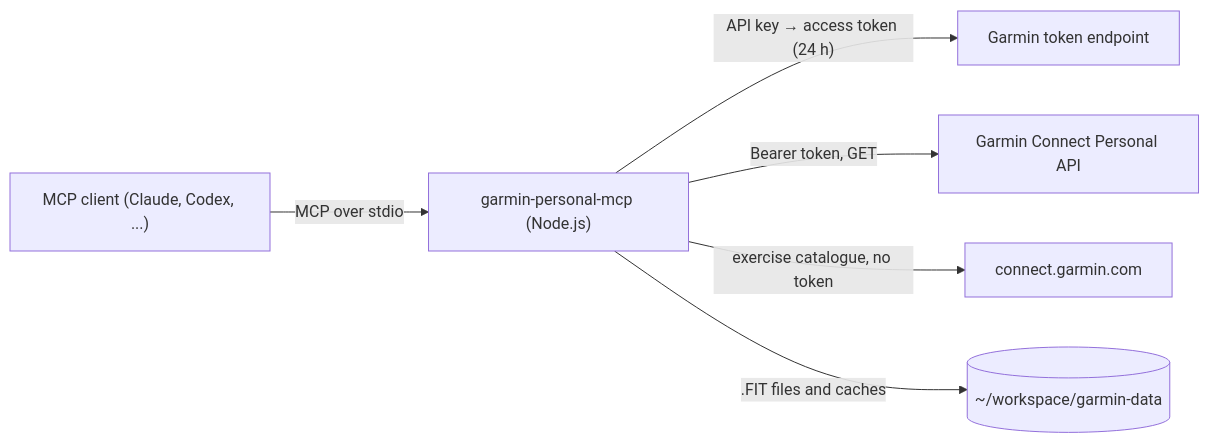
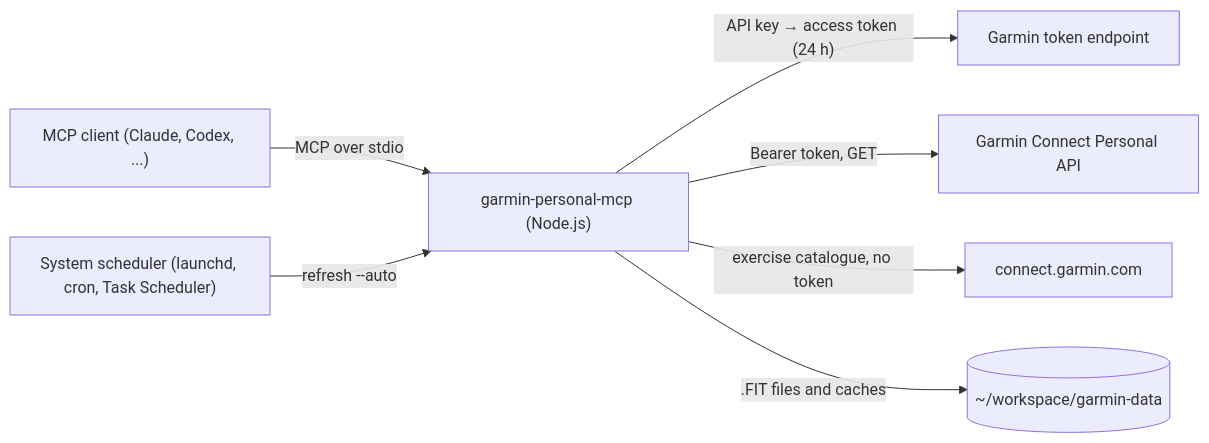
Before and after one commit to indaco/garmin-personal-mcp: the diagram in guide/how-it-works.md, drawn with Mermaid. The commit also changed other lines of this file and 21 other files, not shown here.

````diff
--- a/guide/how-it-works.md
+++ b/guide/how-it-works.md
@@ -3,8 +3,9 @@
 ```mermaid
 flowchart LR
     C["MCP client (Claude, Codex, ...)"] -- "MCP over stdio" --> S["garmin-personal-mcp (Node.js)"]
     S -- "API key → access token (24 h)" --> T["Garmin token endpoint"]
     S -- "Bearer token, GET" --> G["Garmin Connect Personal API"]
     S -- "exercise catalogue, no token" --> E["connect.garmin.com"]
     S -- ".FIT files and caches" --> F[("~/workspace/garmin-data")]
+    J["System scheduler (launchd, cron, Task Scheduler)"] -- "refresh --auto" --> S
 ```
````
